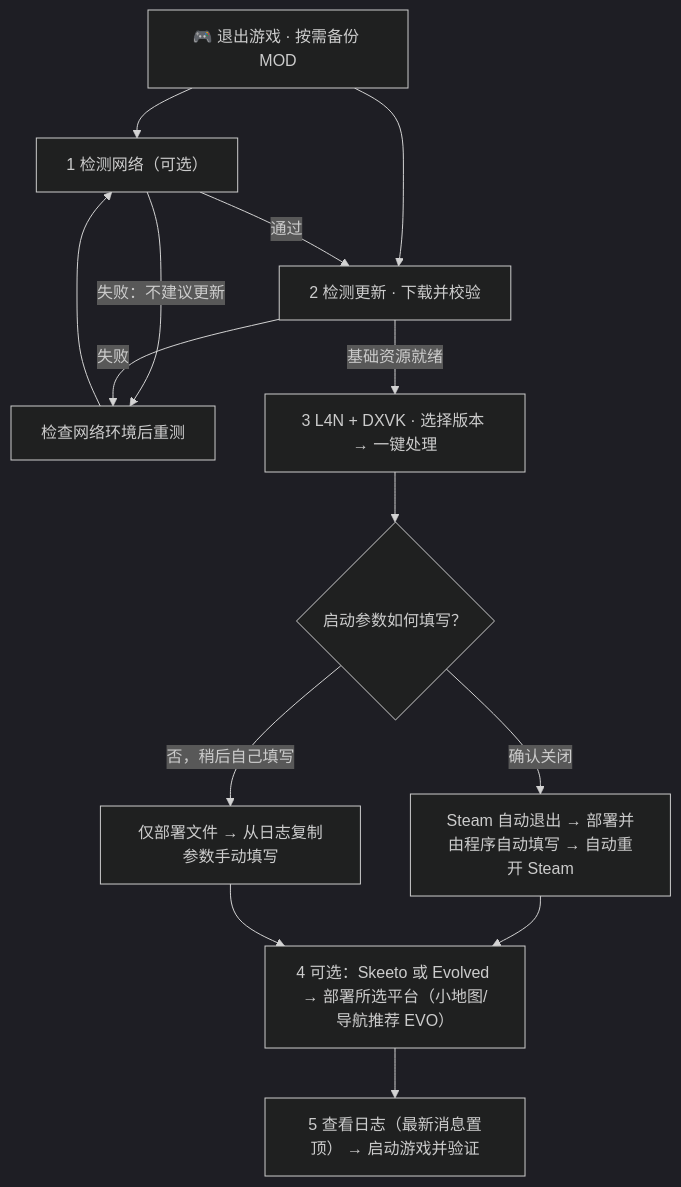
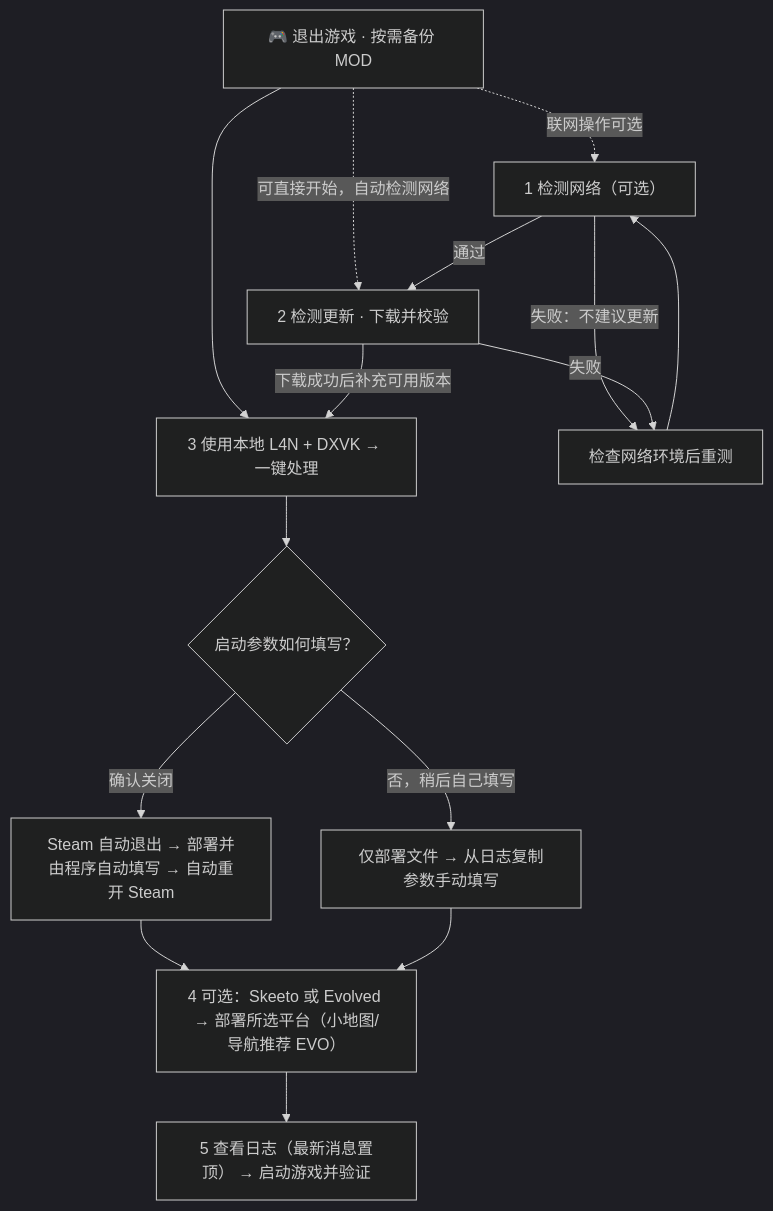
The diagram in docs/使用教程.md (STC214/L4D2Fix_DXVK_L4N_), drawn with Mermaid (dark theme) before and after one commit. The commit also changed other lines of this file and 14 other files, not shown here.

````diff
--- a/docs/使用教程.md
+++ b/docs/使用教程.md
@@ -7,16 +7,17 @@
 ```mermaid
 flowchart TD
-    A["🎮 退出游戏 · 按需备份 MOD"] --> N["1 检测网络（可选）"]
-    A --> B["2 检测更新 · 下载并校验"]
+    A["🎮 退出游戏 · 按需备份 MOD"] --> C["3 使用本地 L4N + DXVK → 一键处理"]
+    A -. 联网操作可选 .-> N["1 检测网络（可选）"]
+    A -. 可直接开始，自动检测网络 .-> B["2 检测更新 · 下载并校验"]
     N -->|通过| B
     N -->|失败：不建议更新| R["检查网络环境后重测"]
     B -->|失败| R
     R --> N
-    B -->|基础资源就绪| C["3 L4N + DXVK · 选择版本 → 一键处理"]
+    B -->|下载成功后补充可用版本| C
     C --> D{"启动参数如何填写？"}
     D -->|确认关闭| E["Steam 自动退出 → 部署并由程序自动填写 → 自动重开 Steam"]
     D -->|否，稍后自己填写| F["仅部署文件 → 从日志复制参数手动填写"]
     E --> G["4 可选：Skeeto 或 Evolved → 部署所选平台（小地图/导航推荐 EVO）"]
     F --> G
     G --> H["5 查看日志（最新消息置顶） → 启动游戏并验证"]
 ```
````
